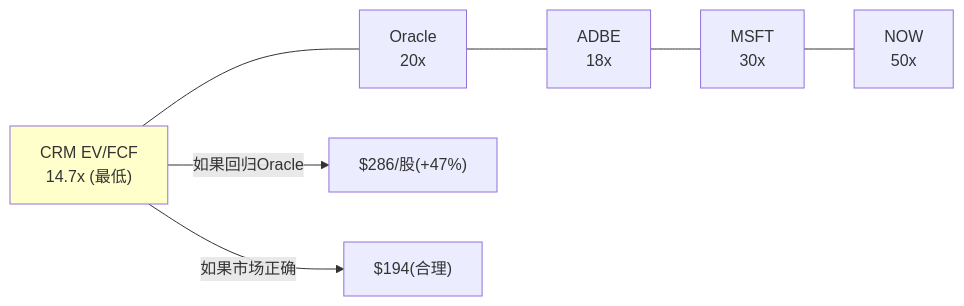
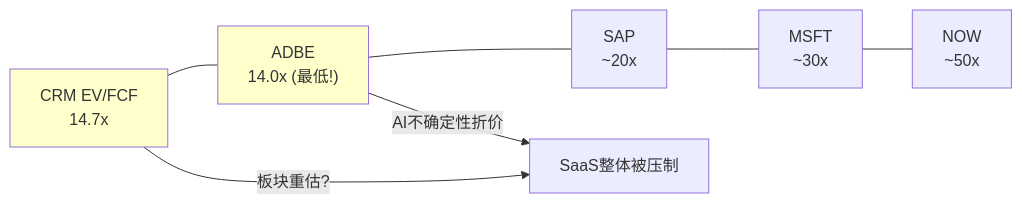
Diagram 17 of 22 in reports/CRM/staging/phase2_v2_financial_valuation.md (miltonnewyork25-afk/investment-master), drawn with Mermaid before and after one commit. The commit also changed other lines of this file and 1 other file, not shown here.

First line of the commit message:
feat(CRM v2.0): P2 S1补强完成 — 70.7K/206DM/因果9.47(KLAC级)

````diff
--- a/reports/CRM/staging/phase2_v2_financial_valuation.md
+++ b/reports/CRM/staging/phase2_v2_financial_valuation.md
@@ -1084,10 +1466,11 @@
 ```mermaid
 graph LR
-    A["CRM EV/FCF<br/>14.7x (最低)"] --- B["Oracle<br/>20x"]
-    B --- C["ADBE<br/>18x"]
-    C --- D["MSFT<br/>30x"]
-    D --- E["NOW<br/>50x"]
-    A -->|"如果回归Oracle"| F["$286/股(+47%)"]
-    A -->|"如果市场正确"| G["$194(合理)"]
+    A["CRM EV/FCF<br/>14.7x"] --- B["ADBE<br/>14.0x (最低!)"]
+    B --- C["SAP<br/>~20x"]
+    C --- D["MSFT<br/>~30x"]
+    D --- E["NOW<br/>~50x"]
+    A -->|"板块重估?"| F["SaaS整体被压制"]
+    B -->|"AI不确定性折价"| F
     style A fill:#ffffcc
+    style B fill:#ffffcc
 ```
````
